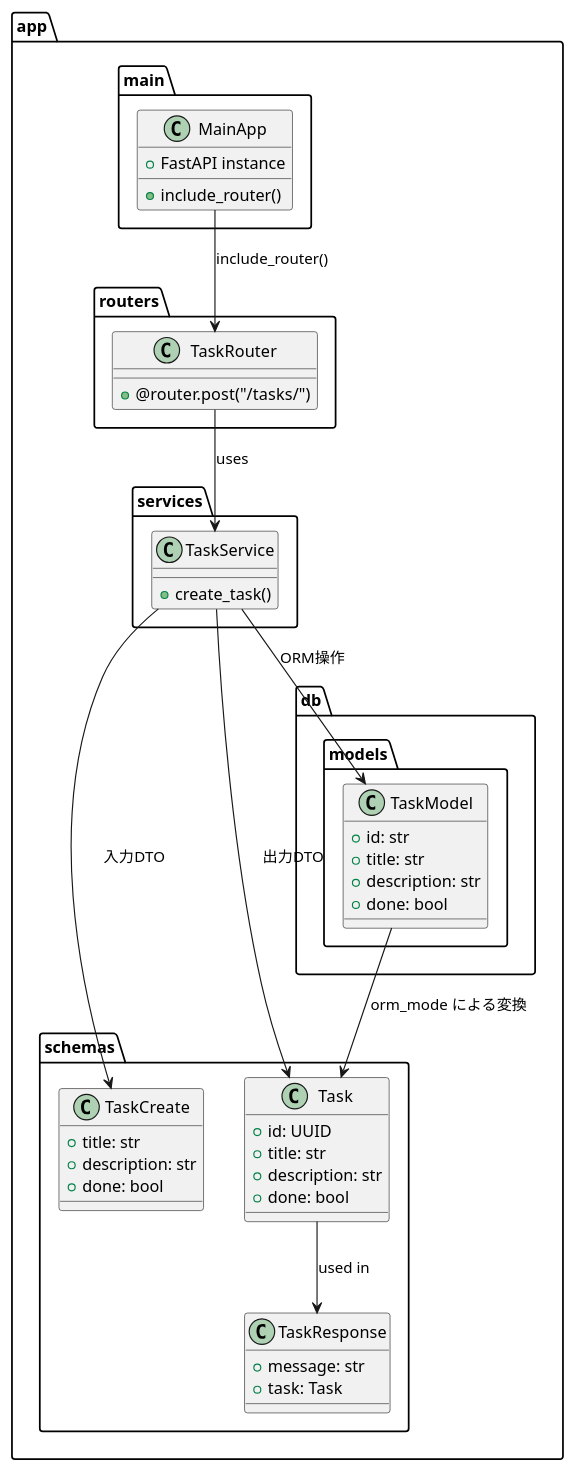
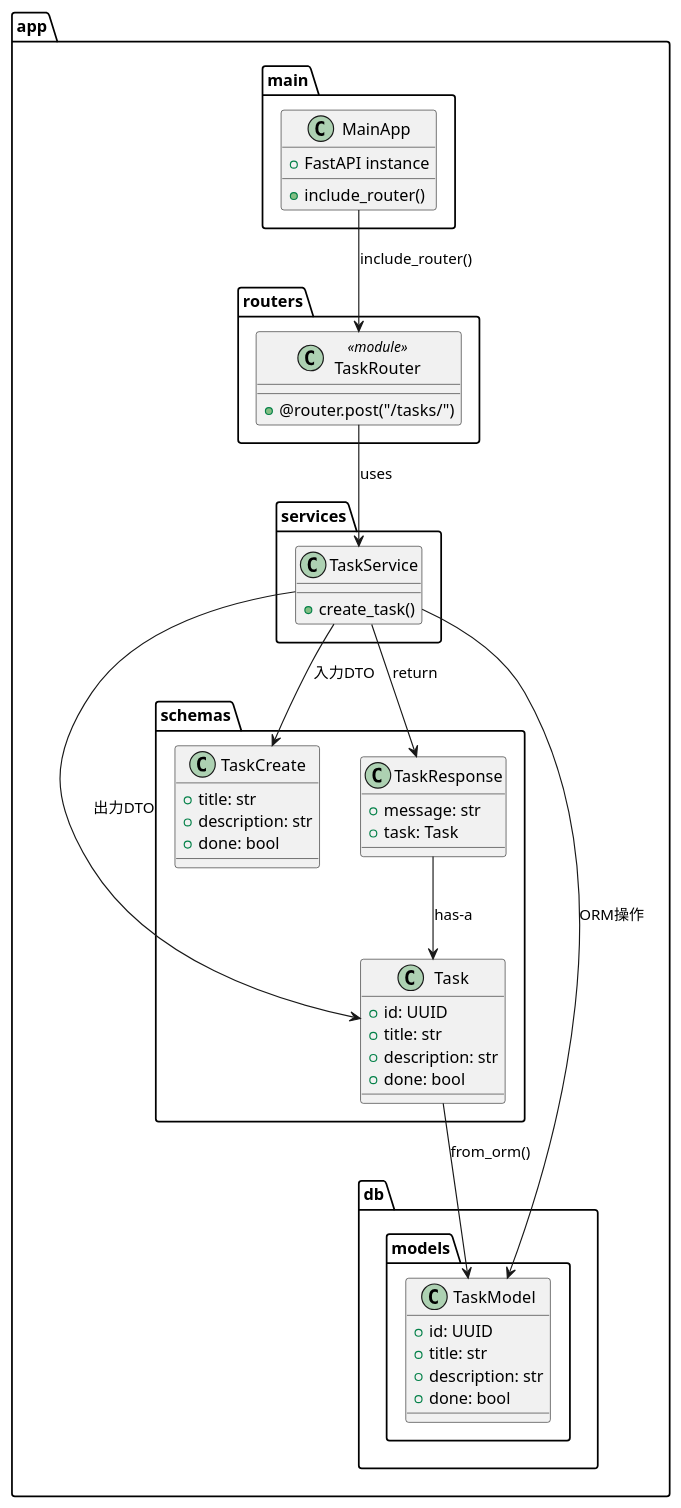
Before and after one commit to ShigeoYugawa/learning-task-tracker-fastapi-poc: the diagram in docs/uml/class_task_service.puml, drawn with PlantUML.

Commit message:
docs(uml): update dependency diagram to reflect accurate relationships among FastAPI components

```diff
--- a/docs/uml/class_task_service.puml
+++ b/docs/uml/class_task_service.puml
@@ -1,63 +1,64 @@
 @startuml
 
 package app {
 
   package main {
     class MainApp {
       +FastAPI instance
       +include_router()
     }
   }
 
   package routers {
-    class TaskRouter {
+    class TaskRouter <<module>> {
       +@router.post("/tasks/")
     }
   }
 
   package services {
     class TaskService {
       +create_task()
     }
   }
 
   package schemas {
     class TaskCreate {
       +title: str
       +description: str
       +done: bool
     }
 
     class Task {
       +id: UUID
       +title: str
       +description: str
       +done: bool
     }
 
     class TaskResponse {
       +message: str
       +task: Task
     }
   }
 
   package db.models {
     class TaskModel {
-      +id: str
+      +id: UUID
       +title: str
       +description: str
       +done: bool
     }
   }
 }
 
 ' 依存関係
 MainApp --> TaskRouter : include_router()
 TaskRouter --> TaskService : uses
 TaskService --> TaskModel : ORM操作
 TaskService --> TaskCreate : 入力DTO
 TaskService --> Task : 出力DTO
-Task --> TaskResponse : used in
-TaskModel --> Task : orm_mode による変換
+TaskService --> TaskResponse : return
+TaskResponse --> Task : has-a
+Task --> TaskModel : from_orm()
 
 @enduml
```
